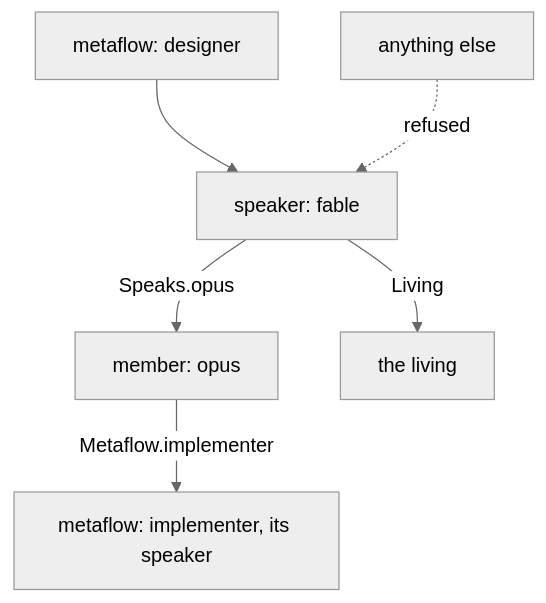
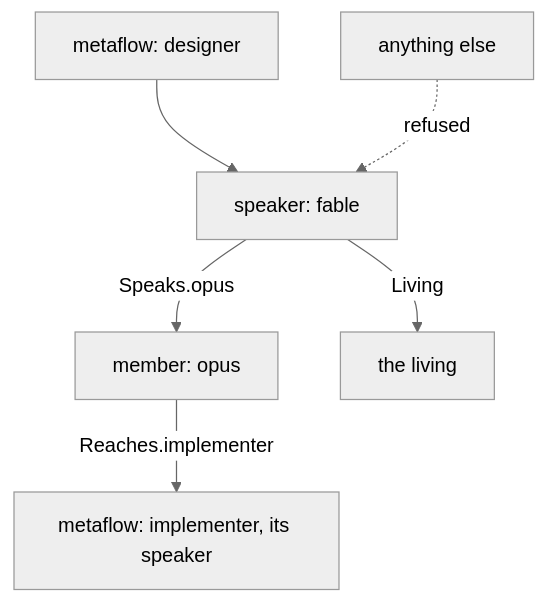
Before and after one commit to LiGoldragon/psyche-belief: the first of 6 diagrams in vision/flow-nexus/1.md, drawn with Mermaid (neutral theme). The commit also changed other lines of this file, not shown here.

First line of the commit message:
vision flow-nexus 1: the route to another metaflow is Reaches.MetaflowName, Fable's naming (Fable mhnu)

````diff
--- a/vision/flow-nexus/1.md
+++ b/vision/flow-nexus/1.md
@@ -90,8 +90,8 @@
 ```mermaid
 flowchart TB
     c["metaflow: designer"] --> s["speaker: fable"]
     s -- "Speaks.opus" --> o["member: opus"]
-    o -- "Metaflow.implementer" --> i["metaflow: implementer, its speaker"]
+    o -- "Reaches.implementer" --> i["metaflow: implementer, its speaker"]
     s -- "Living" --> l["the living"]
     x["anything else"] -. "refused" .-> s
 ```
````
